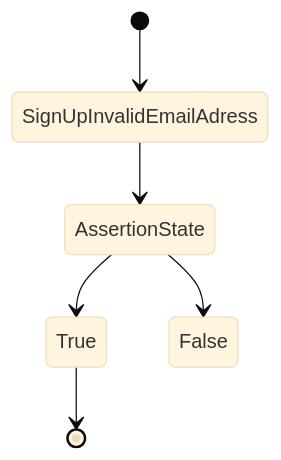
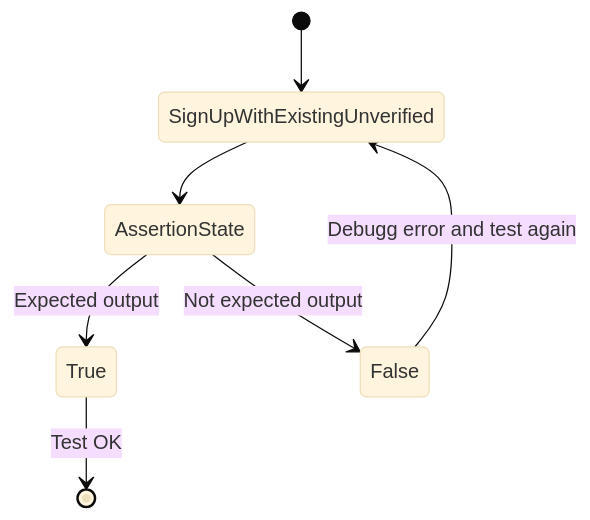
Before and after one commit to Emsaso/GetNews: the eighth of 12 diagrams in model/TestModel.md, drawn with Mermaid (base theme). The commit also changed other lines of this file, not shown here.

````diff
--- a/model/TestModel.md
+++ b/model/TestModel.md
@@ -158,11 +163,12 @@
 ```mermaid
 stateDiagram-v2
-    [*] --> SignUpInvalidEmailAdress
-        SignUpInvalidEmailAdress --> AssertionState
+    [*] --> SignUpWithExistingUnverified
+        SignUpWithExistingUnverified --> AssertionState
         
-        AssertionState --> True
-        AssertionState --> False
-        True --> [*]
-        False
+        AssertionState --> True:Expected output
+        AssertionState --> False:Not expected output
+        
+        True --> [*]:Test OK
+        False --> SignUpWithExistingUnverified:Debugg error and test again
 
 ```
````
